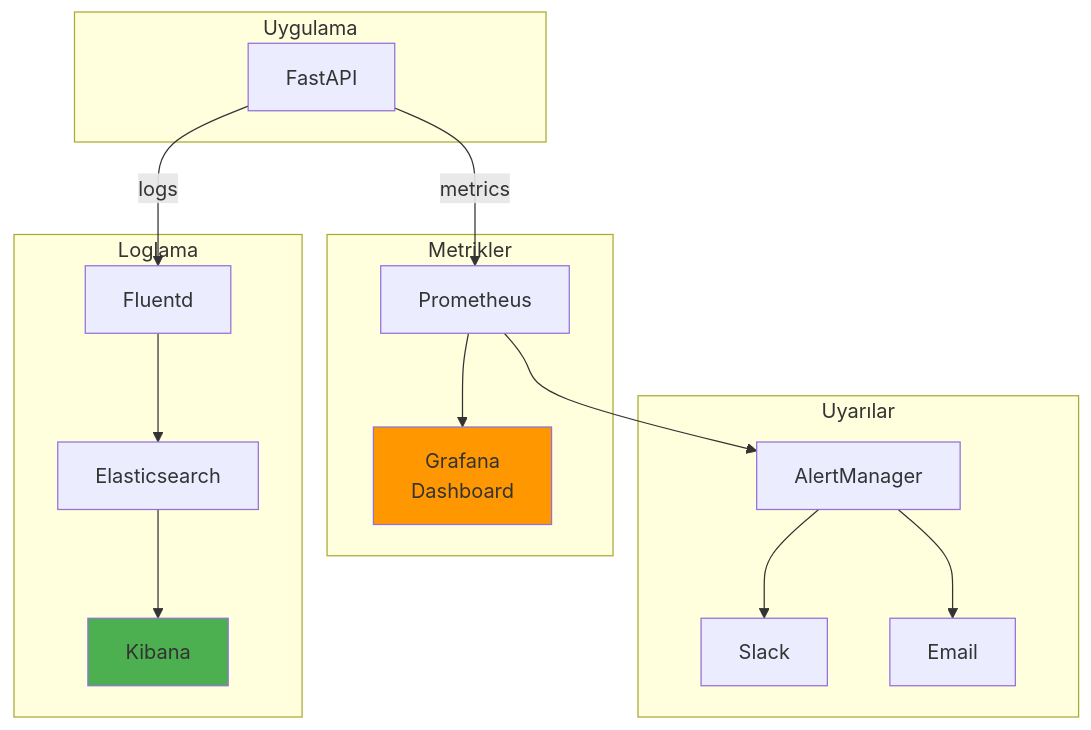
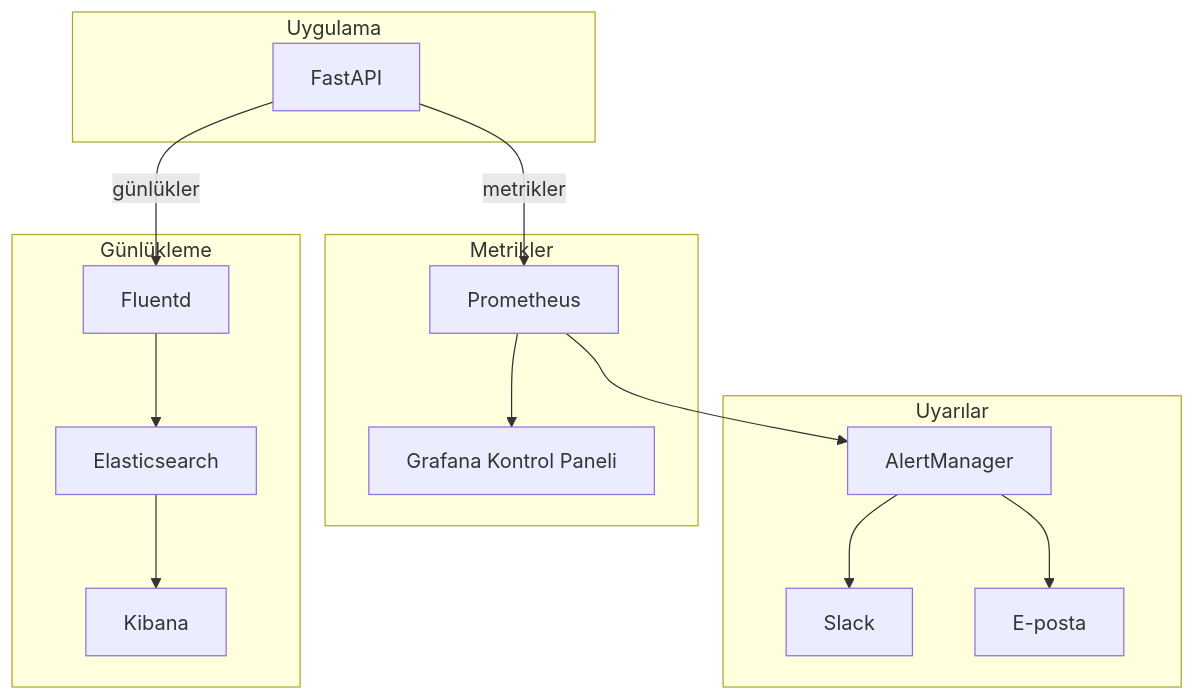
Before and after one commit to mUsaulug/CardioGuard-AI: the ninth of 9 diagrams in docs/diagrams/05_deployment_diagram.md, drawn with Mermaid. The commit also changed other lines of this file and 5 other files, not shown here.

````diff
--- a/docs/diagrams/05_deployment_diagram.md
+++ b/docs/diagrams/05_deployment_diagram.md
@@ -580,30 +510,28 @@
 ```mermaid
 graph TB
-    subgraph Application["Uygulama"]
+    subgraph Uygulama["Uygulama"]
         API["FastAPI"]
     end
     
-    subgraph Metrics["Metrikler"]
+    subgraph Metrikler
         PROM["Prometheus"]
-        GRAFANA["Grafana<br/>Dashboard"]
+        GRAFANA["Grafana Kontrol Paneli"]
     end
     
-    subgraph Logging["Loglama"]
+    subgraph Gunlukleme["Günlükleme"]
         FLUENT["Fluentd"]
         ES["Elasticsearch"]
         KIBANA["Kibana"]
     end
     
-    subgraph Alerting["Uyarılar"]
+    subgraph Uyarilar["Uyarılar"]
         ALERT["AlertManager"]
         SLACK["Slack"]
-        EMAIL["Email"]
+        EMAIL["E-posta"]
     end
     
-    API -->|metrics| PROM --> GRAFANA
-    API -->|logs| FLUENT --> ES --> KIBANA
-    PROM --> ALERT --> SLACK & EMAIL
-    
-    style GRAFANA fill:#ff9800
-    style KIBANA fill:#4caf50
+    API -->|metrikler| PROM --> GRAFANA
+    API -->|günlükler| FLUENT --> ES --> KIBANA
+    PROM --> ALERT --> SLACK
+    ALERT --> EMAIL
 ```
````
